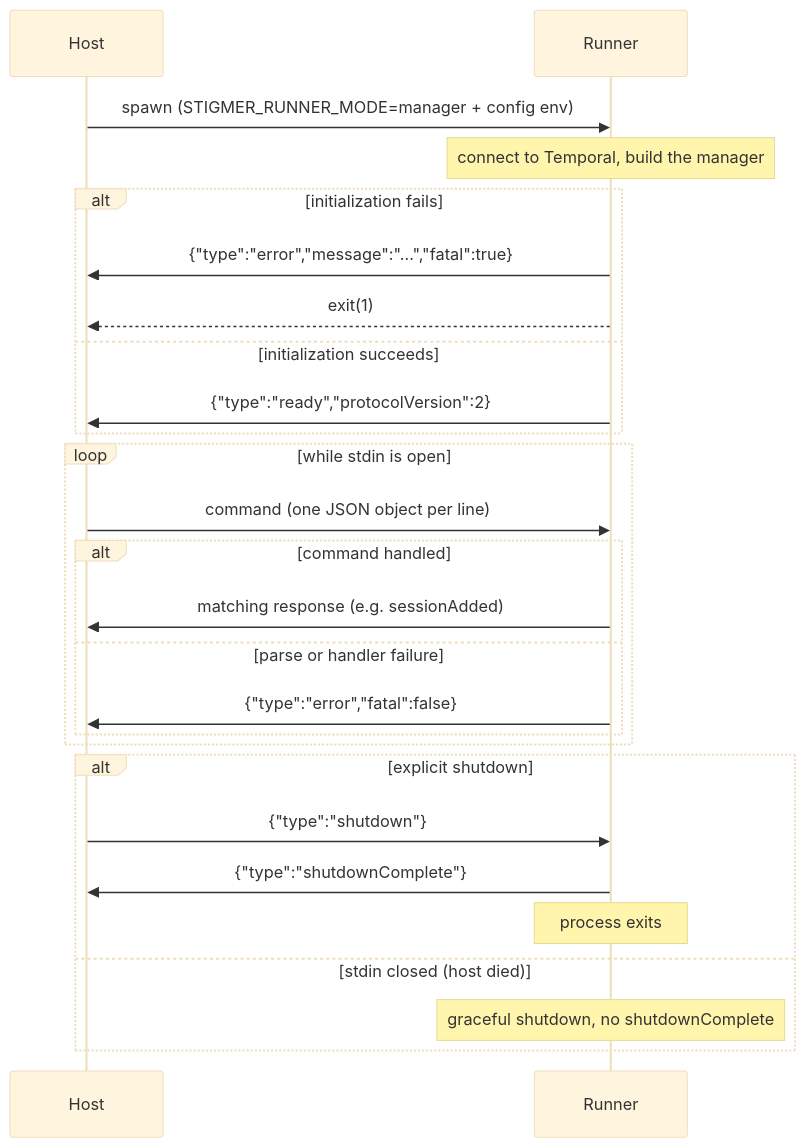
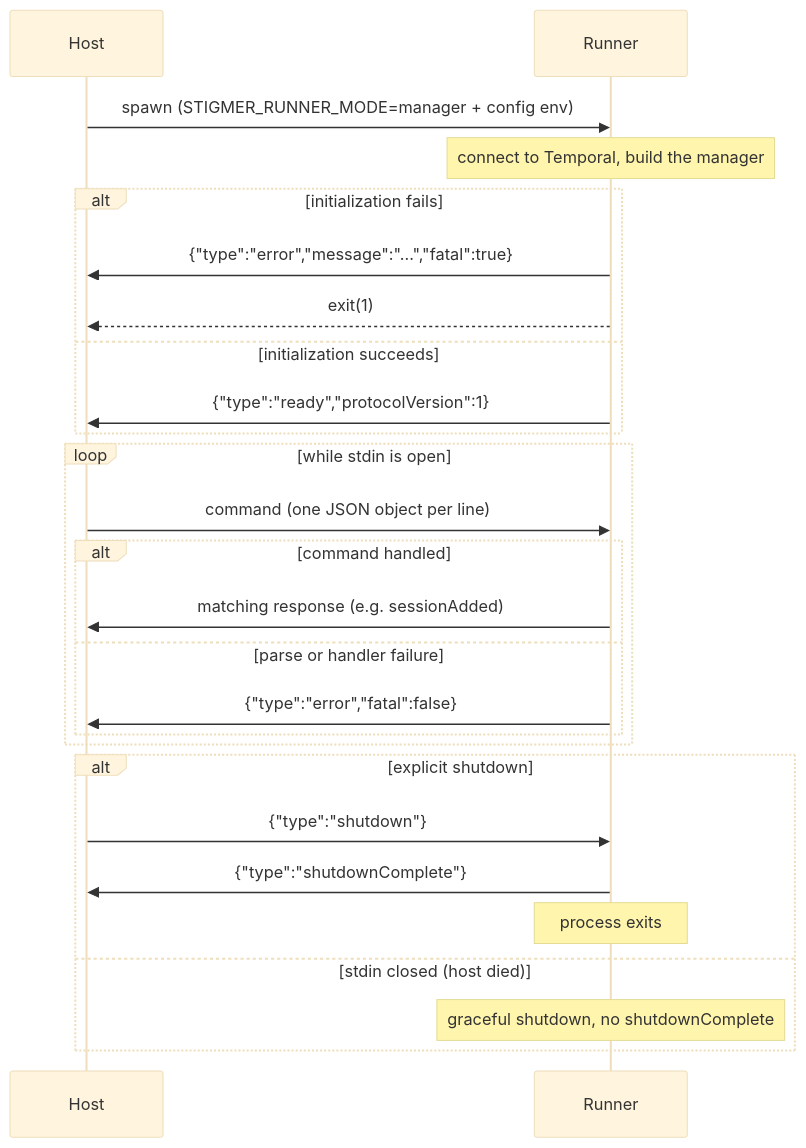
Before and after one commit to stigmer/stigmer: the diagram in docs/guides/runners/ipc-protocol.mdx, drawn with Mermaid (base theme). The commit also changed other lines of this file and 50 other files, not shown here.

First line of the commit message:
refactor(runner): the runner takes one input shape and one transfer lane, and the IPC protocol starts at 1

````diff
--- a/docs/guides/runners/ipc-protocol.mdx
+++ b/docs/guides/runners/ipc-protocol.mdx
@@ -81,28 +80,28 @@
 ```mermaid
 sequenceDiagram
   participant Host
   participant Runner
   Host->>Runner: spawn (STIGMER_RUNNER_MODE=manager + config env)
   Note over Runner: connect to Temporal, build the manager
   alt initialization fails
     Runner->>Host: {"type":"error","message":"...","fatal":true}
     Runner-->>Host: exit(1)
   else initialization succeeds
-    Runner->>Host: {"type":"ready","protocolVersion":2}
+    Runner->>Host: {"type":"ready","protocolVersion":1}
   end
   loop while stdin is open
     Host->>Runner: command (one JSON object per line)
     alt command handled
       Runner->>Host: matching response (e.g. sessionAdded)
     else parse or handler failure
       Runner->>Host: {"type":"error","fatal":false}
     end
   end
   alt explicit shutdown
     Host->>Runner: {"type":"shutdown"}
     Runner->>Host: {"type":"shutdownComplete"}
     Note over Runner: process exits
   else stdin closed (host died)
     Note over Runner: graceful shutdown, no shutdownComplete
   end
 ```
````
